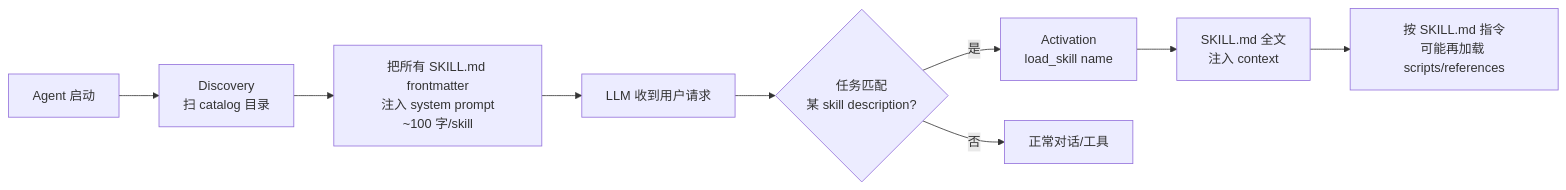
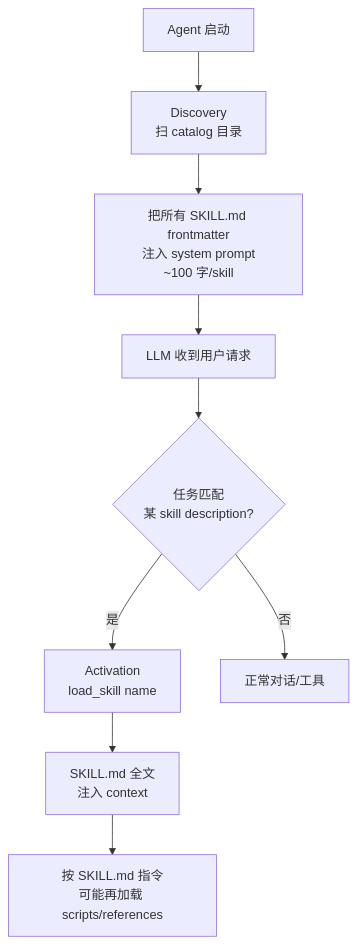
Before and after one commit to michaelwangzhenan/AgentA: the first of 4 diagrams in docs/knowlege.md, drawn with Mermaid. The commit also changed other lines of this file and 27 other files, not shown here.

````diff
--- a/docs/knowlege.md
+++ b/docs/knowlege.md
@@ -118,11 +118,11 @@
 ```mermaid
-flowchart LR
+flowchart TD
     A[Agent 启动] --> B[Discovery<br>扫 catalog 目录]
     B --> C[把所有 SKILL.md frontmatter<br>注入 system prompt<br>~100 字/skill]
     C --> D[LLM 收到用户请求]
     D --> E{任务匹配<br>某 skill description?}
     E -- 是 --> F[Activation<br>load_skill name]
     F --> G[SKILL.md 全文<br>注入 context]
     G --> H[按 SKILL.md 指令<br>可能再加载 scripts/references]
     E -- 否 --> I[正常对话/工具]
 ```
````
